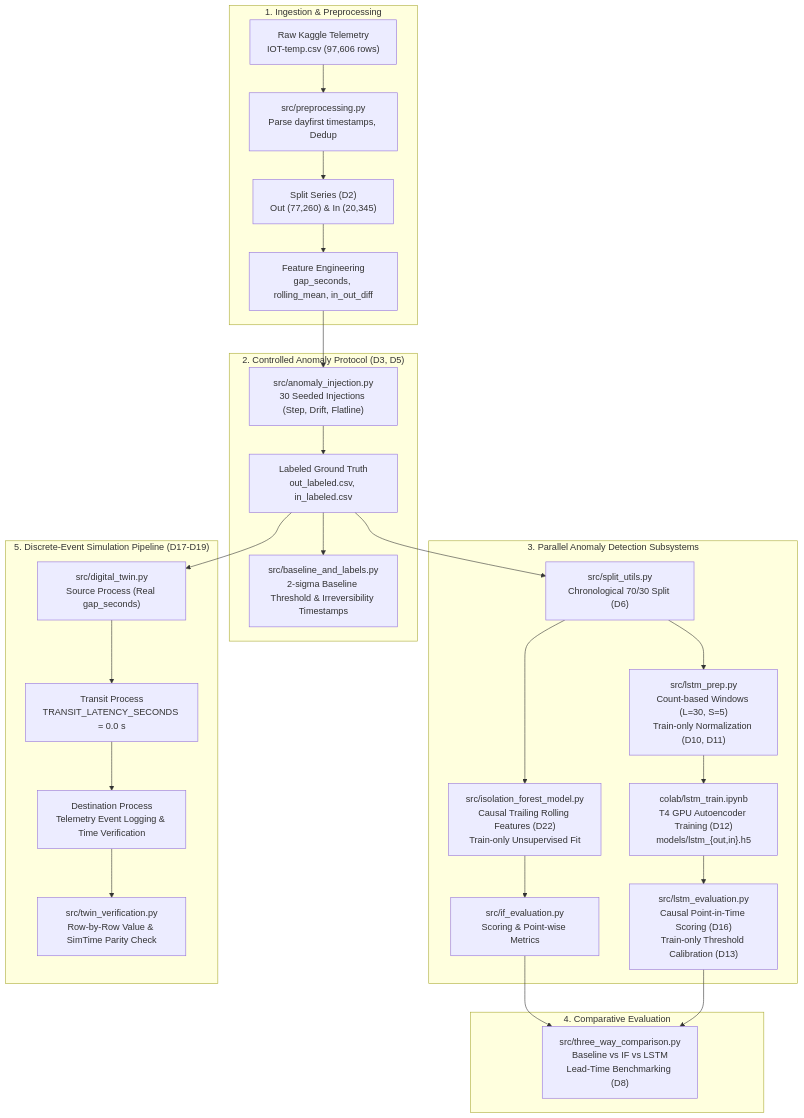
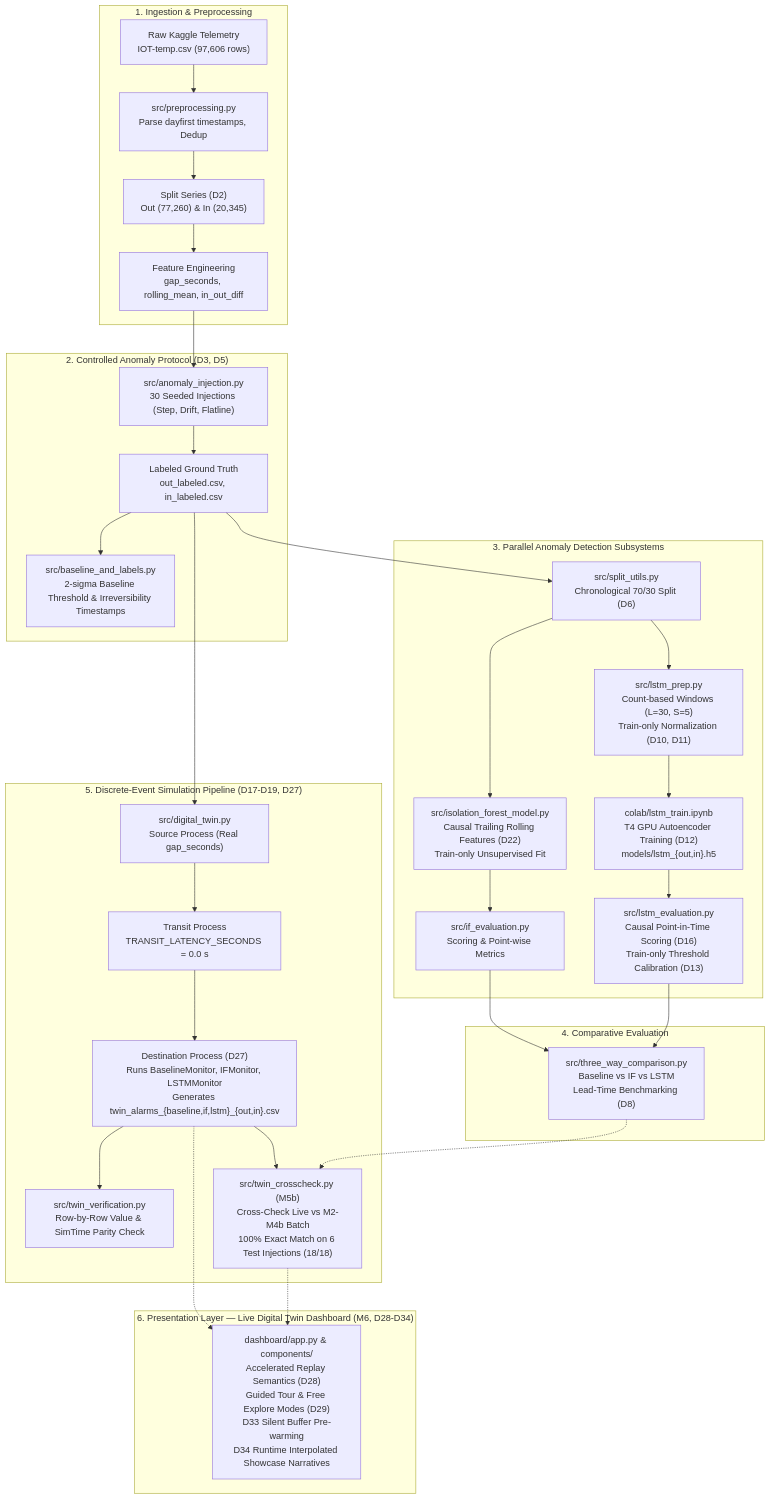
The diagram in README.md (Krishna200608/coldchain-ews-twin), drawn with Mermaid before and after one commit. The commit also changed other lines of this file, not shown here.

````diff
--- a/README.md
+++ b/README.md
@@ -56,37 +58,46 @@
 ```mermaid
 flowchart TD
     subgraph Ingestion["1. Ingestion & Preprocessing"]
         A["Raw Kaggle Telemetry<br/>IOT-temp.csv (97,606 rows)"] --> B["src/preprocessing.py<br/>Parse dayfirst timestamps, Dedup"]
         B --> C["Split Series (D2)<br/>Out (77,260) & In (20,345)"]
         C --> D["Feature Engineering<br/>gap_seconds, rolling_mean, in_out_diff"]
     end
 
     subgraph SyntheticPerturbation["2. Controlled Anomaly Protocol (D3, D5)"]
         D --> E["src/anomaly_injection.py<br/>30 Seeded Injections (Step, Drift, Flatline)"]
         E --> F["Labeled Ground Truth<br/>out_labeled.csv, in_labeled.csv"]
         F --> G["src/baseline_and_labels.py<br/>2-sigma Baseline Threshold & Irreversibility Timestamps"]
     end
 
     subgraph Modeling["3. Parallel Anomaly Detection Subsystems"]
         F --> H["src/split_utils.py<br/>Chronological 70/30 Split (D6)"]
         
         H --> I["src/isolation_forest_model.py<br/>Causal Trailing Rolling Features (D22)<br/>Train-only Unsupervised Fit"]
         I --> J["src/if_evaluation.py<br/>Scoring & Point-wise Metrics"]
         
         H --> K["src/lstm_prep.py<br/>Count-based Windows (L=30, S=5)<br/>Train-only Normalization (D10, D11)"]
         K --> L["colab/lstm_train.ipynb<br/>T4 GPU Autoencoder Training (D12)<br/>models/lstm_{out,in}.h5"]
         L --> M["src/lstm_evaluation.py<br/>Causal Point-in-Time Scoring (D16)<br/>Train-only Threshold Calibration (D13)"]
     end
 
     subgraph Benchmark["4. Comparative Evaluation"]
         J --> N["src/three_way_comparison.py<br/>Baseline vs IF vs LSTM<br/>Lead-Time Benchmarking (D8)"]
         M --> N
     end
 
-    subgraph DigitalTwin["5. Discrete-Event Simulation Pipeline (D17-D19)"]
+    subgraph DigitalTwin["5. Discrete-Event Simulation Pipeline (D17-D19, D27)"]
         F --> O["src/digital_twin.py<br/>Source Process (Real gap_seconds)"]
         O --> P["Transit Process<br/>TRANSIT_LATENCY_SECONDS = 0.0 s"]
-        P --> Q["Destination Process<br/>Telemetry Event Logging & Time Verification"]
+        P --> Q["Destination Process (D27)<br/>Runs BaselineMonitor, IFMonitor, LSTMMonitor<br/>Generates twin_alarms_{baseline,if,lstm}_{out,in}.csv"]
         Q --> R["src/twin_verification.py<br/>Row-by-Row Value & SimTime Parity Check"]
+        Q --> S["src/twin_crosscheck.py (M5b)<br/>Cross-Check Live vs M2-M4b Batch<br/>100% Exact Match on 6 Test Injections (18/18)"]
+        N -.-> S
     end
+
+    subgraph Presentation["6. Presentation Layer — Live Digital Twin Dashboard (M6, D28-D34)"]
+        T["dashboard/app.py & components/<br/>Accelerated Replay Semantics (D28)<br/>Guided Tour & Free Explore Modes (D29)<br/>D33 Silent Buffer Pre-warming<br/>D34 Runtime Interpolated Showcase Narratives"]
+    end
+
+    Q -.-> T
+    S -.-> T
 ```
````
